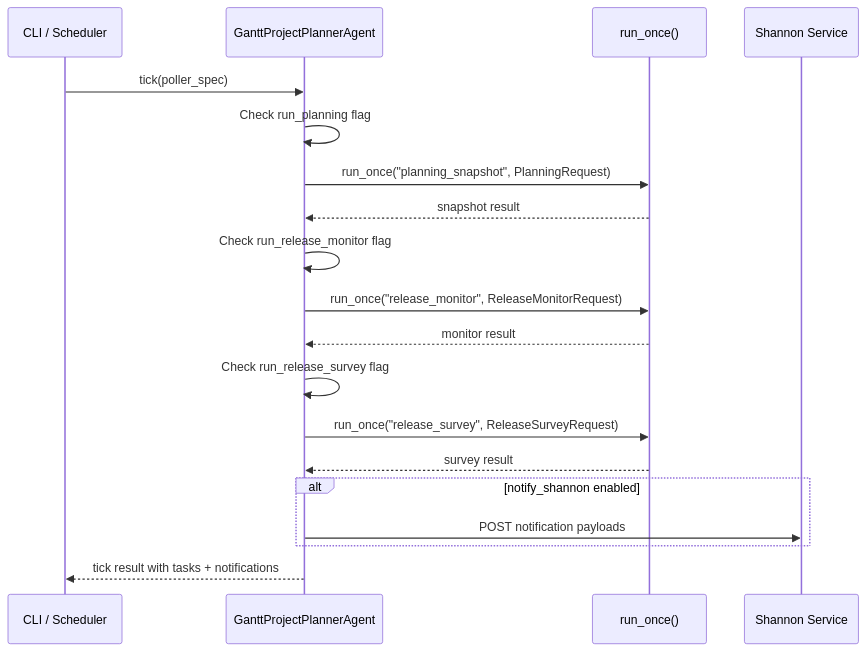
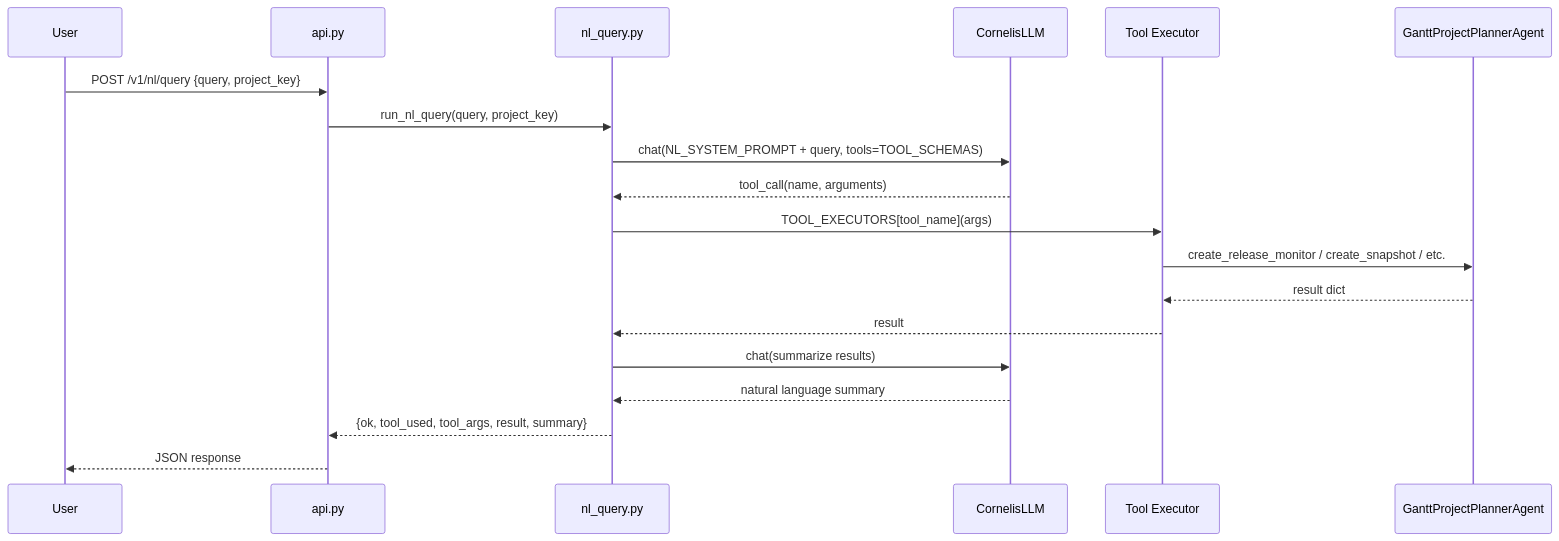
One commit to jmac-cornelis/agent-workforce changed the fourth of 4 diagrams in docs/agents-gantt.md. Above: the diagram before and after it, drawn with Mermaid. The commit also changed other lines of this file and 7 other files, not shown here.

````diff
--- a/docs/agents-gantt.md
+++ b/docs/agents-gantt.md
@@ -130,22 +133,22 @@
 ```mermaid
 sequenceDiagram
-    participant Poller as CLI / Scheduler
+    participant User
+    participant API as api.py
+    participant NLQ as nl_query.py
+    participant LLM as CornelisLLM
+    participant Executor as Tool Executor
     participant Agent as GanttProjectPlannerAgent
-    participant RunOnce as run_once()
-    participant Shannon as Shannon Service
 
-    Poller->>Agent: tick(poller_spec)
-    Agent->>Agent: Check run_planning flag
-    Agent->>RunOnce: run_once("planning_snapshot", PlanningRequest)
-    RunOnce-->>Agent: snapshot result
-    Agent->>Agent: Check run_release_monitor flag
-    Agent->>RunOnce: run_once("release_monitor", ReleaseMonitorRequest)
-    RunOnce-->>Agent: monitor result
-    Agent->>Agent: Check run_release_survey flag
-    Agent->>RunOnce: run_once("release_survey", ReleaseSurveyRequest)
-    RunOnce-->>Agent: survey result
-    alt notify_shannon enabled
-        Agent->>Shannon: POST notification payloads
-    end
-    Agent-->>Poller: tick result with tasks + notifications
+    User->>API: POST /v1/nl/query {query, project_key}
+    API->>NLQ: run_nl_query(query, project_key)
+    NLQ->>LLM: chat(NL_SYSTEM_PROMPT + query, tools=TOOL_SCHEMAS)
+    LLM-->>NLQ: tool_call(name, arguments)
+    NLQ->>Executor: TOOL_EXECUTORS[tool_name](args)
+    Executor->>Agent: create_release_monitor / create_snapshot / etc.
+    Agent-->>Executor: result dict
+    Executor-->>NLQ: result
+    NLQ->>LLM: chat(summarize results)
+    LLM-->>NLQ: natural language summary
+    NLQ-->>API: {ok, tool_used, tool_args, result, summary}
+    API-->>User: JSON response
 ```
````
